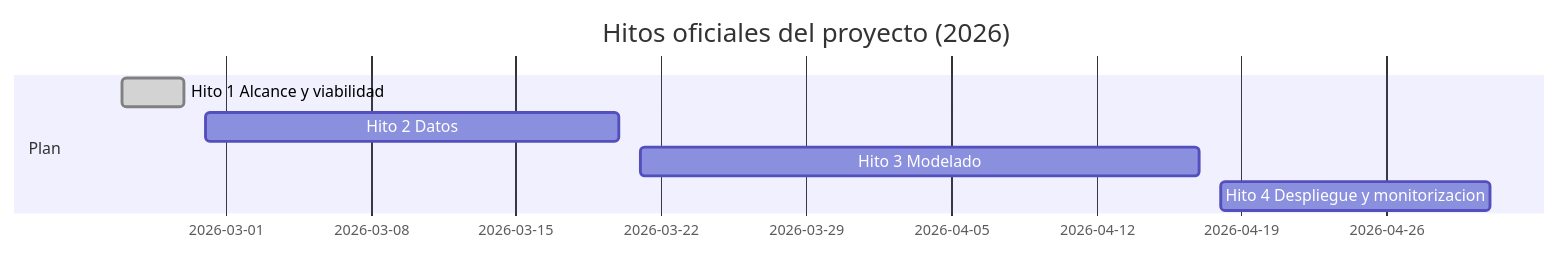
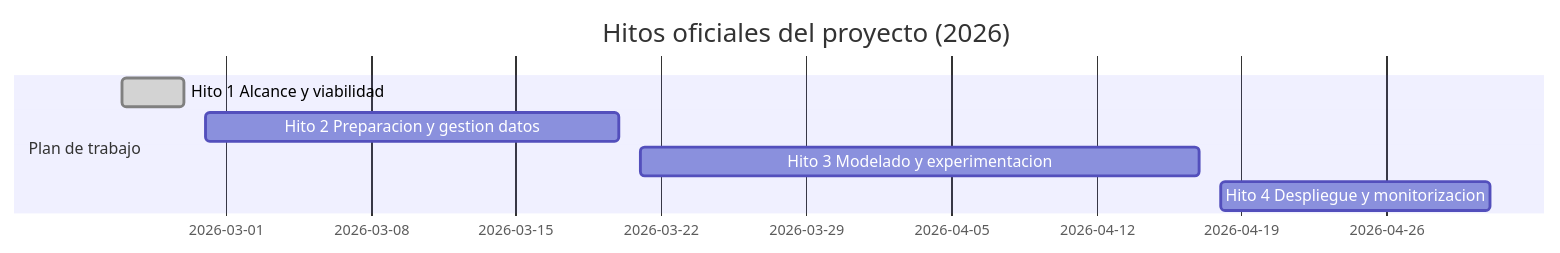
The third of 3 diagrams in documentacion/hito_1/memoria_hito_1.md (AlonsoMarcosM/Trabajo-DESARROLLO-Y-DESPLIEGUE-DE-SOLUCIONES-BIG-DATA), drawn with Mermaid before and after one commit. The commit also changed other lines of this file and 1 other file, not shown here.

Commit message:
docs: mejora narrativa y profundidad del hito 1

````diff
--- a/documentacion/hito_1/memoria_hito_1.md
+++ b/documentacion/hito_1/memoria_hito_1.md
@@ -159,10 +163,10 @@
 ```mermaid
 gantt
     title Hitos oficiales del proyecto (2026)
     dateFormat  YYYY-MM-DD
-    section Plan
+    section Plan de trabajo
     Hito 1 Alcance y viabilidad        :done, h1, 2026-02-24, 2026-02-27
-    Hito 2 Datos                       :h2, 2026-02-28, 2026-03-20
-    Hito 3 Modelado                    :h3, 2026-03-21, 2026-04-17
+    Hito 2 Preparacion y gestion datos :h2, 2026-02-28, 2026-03-20
+    Hito 3 Modelado y experimentacion  :h3, 2026-03-21, 2026-04-17
     Hito 4 Despliegue y monitorizacion :h4, 2026-04-18, 2026-05-01
 ```
````
